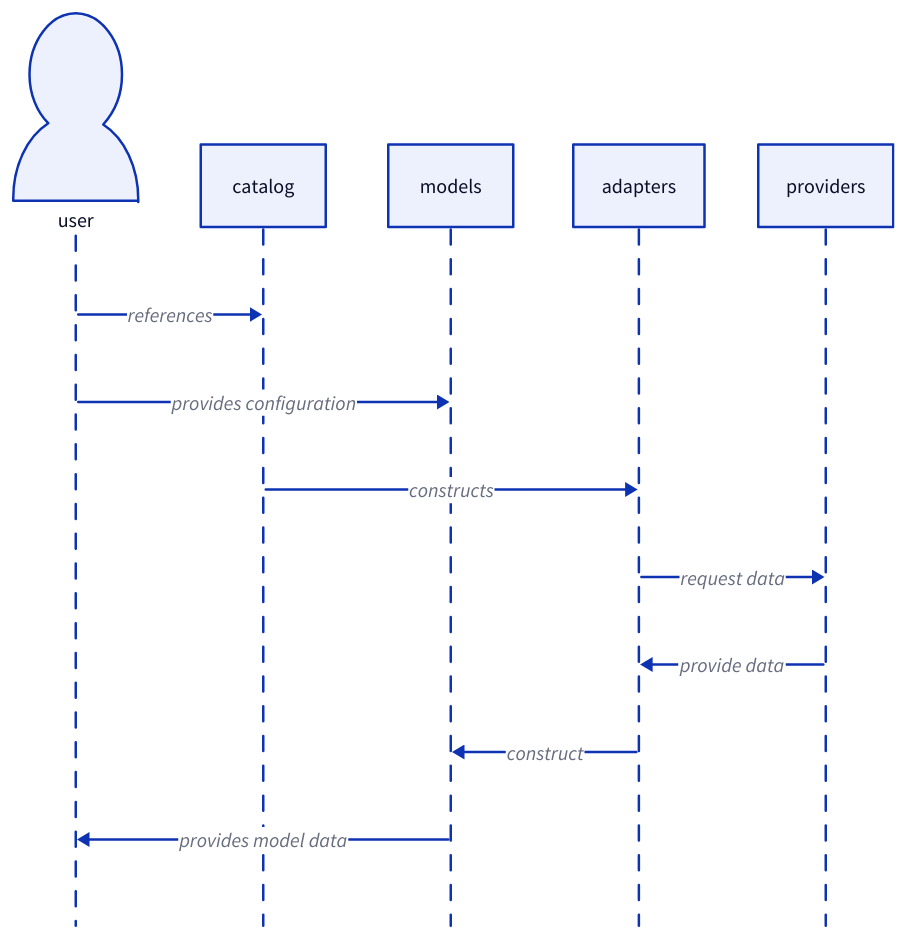
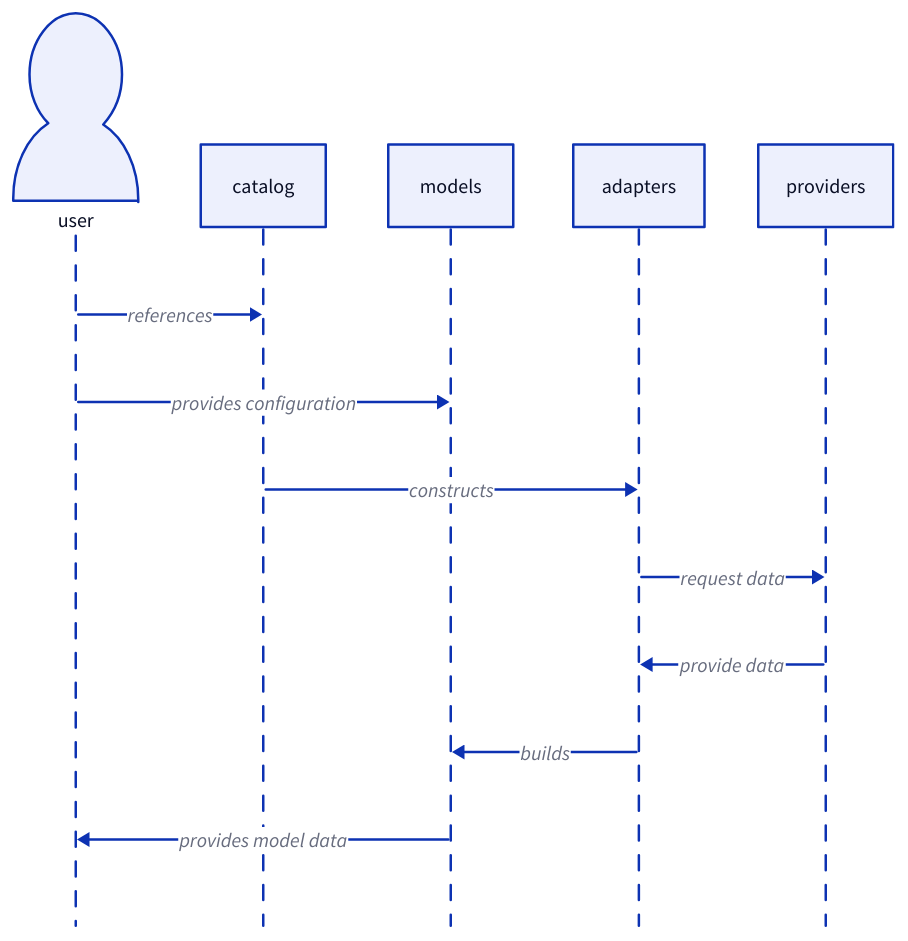
Before and after one commit to savente93/hydromt-wiki: the diagram in d2-diagrams/run-sequence.d2, drawn with D2. The commit also changed 1 other file, not shown here.

```diff
--- a/d2-diagrams/run-sequence.d2
+++ b/d2-diagrams/run-sequence.d2
@@ -1,13 +1,13 @@
 shape: sequence_diagram
 user{
 	shape:person
 }
 catalog
 
 user -> catalog: references
 user -> models: provides configuration
 catalog -> adapters: constructs
 adapters -> providers: request data
 providers -> adapters: provide data
-adapters -> models: construct 
+adapters -> models: builds
 models -> user: provides model data
```
